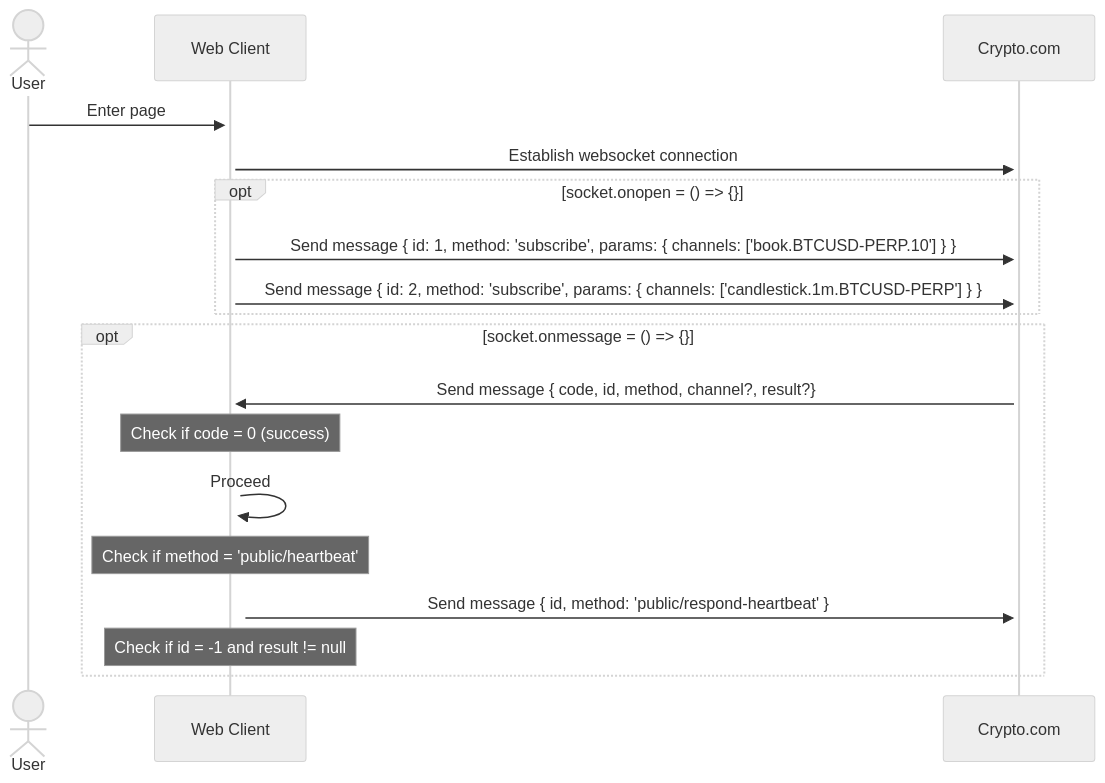
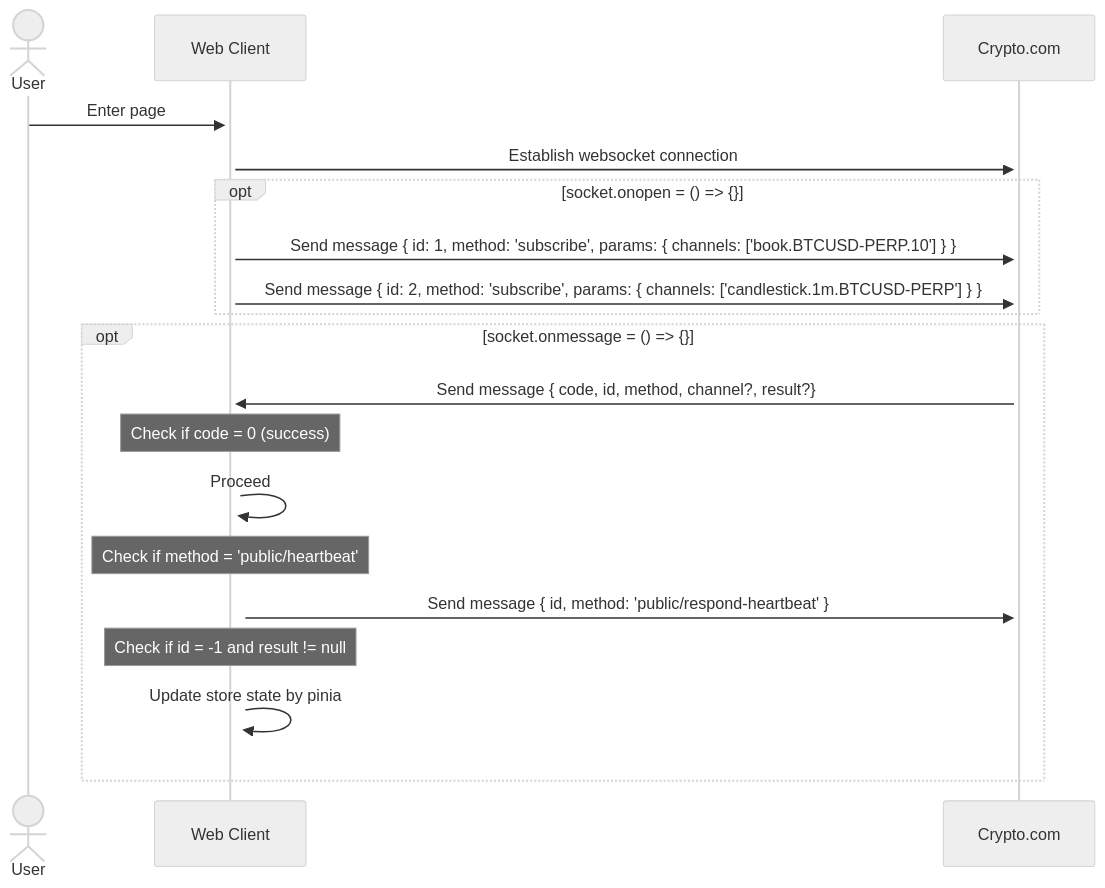
One commit to YuAnWu0000/cryptoExchange changed the diagram in README.md. Above: the diagram before and after it, drawn with Mermaid (neutral theme).

Commit message:
UPDATE: Websocket flow chart in README.md

````diff
--- a/README.md
+++ b/README.md
@@ -11,21 +11,22 @@
 ```mermaid
 sequenceDiagram
   actor User
   participant Web Client
   participant Crypto.com
   User ->>+ Web Client: Enter page
   Web Client ->>+ Crypto.com: Establish websocket connection
   opt socket.onopen = () => {}
   Web Client->>+ Crypto.com: Send message { id: 1, method: 'subscribe', params: { channels: ['book.BTCUSD-PERP.10'] } }
   Web Client->>+ Crypto.com: Send message { id: 2, method: 'subscribe', params: { channels: ['candlestick.1m.BTCUSD-PERP'] } }
   end
   opt socket.onmessage = () => {}
   Crypto.com->>+ Web Client: Send message { code, id, method, channel?, result?}
   Note over Web Client: Check if code = 0 (success)
   Web Client->>+ Web Client: Proceed
   Note over Web Client: Check if method = 'public/heartbeat'
   Web Client->>+ Crypto.com: Send message { id, method: 'public/respond-heartbeat' }
   Note over Web Client: Check if id = -1 and result != null
+  Web Client->>+ Web Client: Update store state by pinia
 
   end
 ```
````
